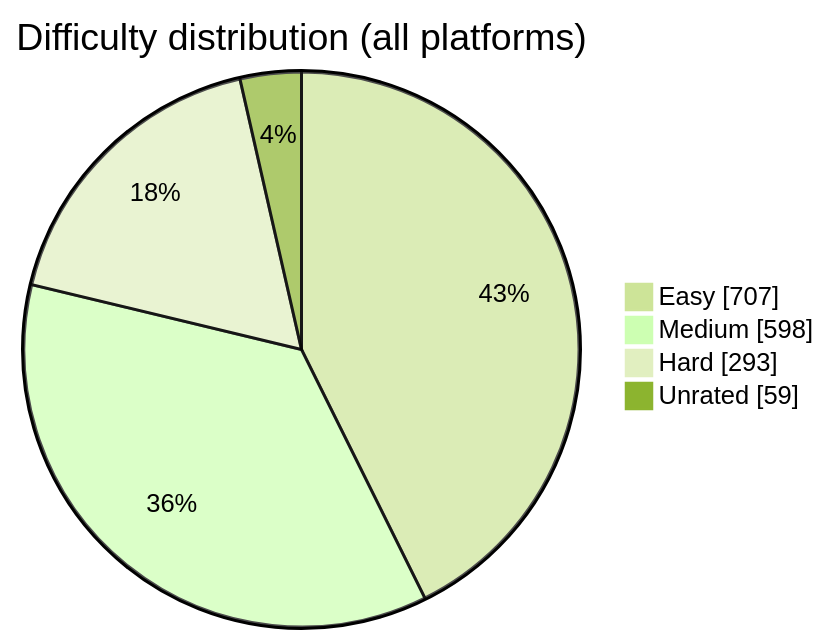
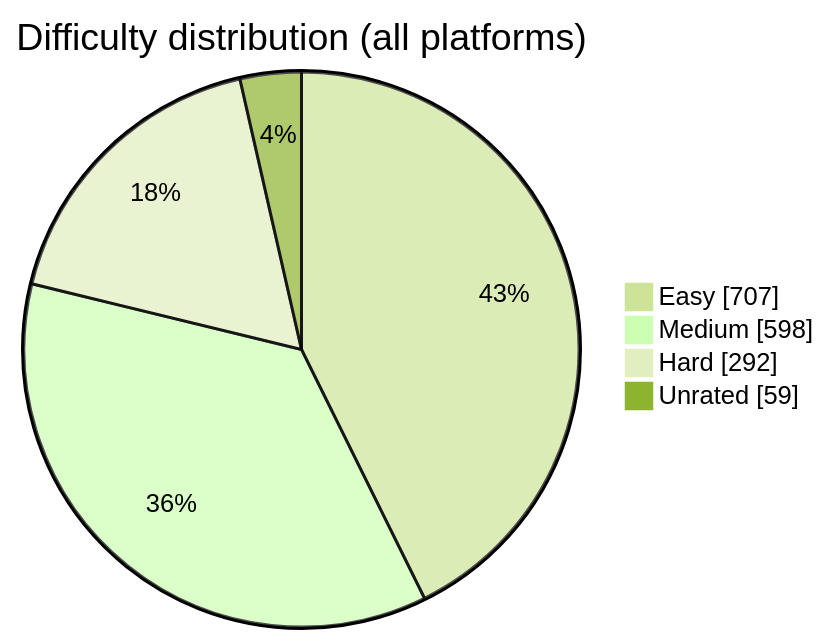
Before and after one commit to BuildbyArindam/Daily-Coding-Log: the diagram in README.md, drawn with Mermaid (forest theme). The commit also changed other lines of this file, not shown here.

````diff
--- a/README.md
+++ b/README.md
@@ -93,7 +93,7 @@
 ```mermaid
 pie showData title Difficulty distribution (all platforms)
     "Easy" : 707
     "Medium" : 598
-    "Hard" : 293
+    "Hard" : 292
     "Unrated" : 59
 ```
````
